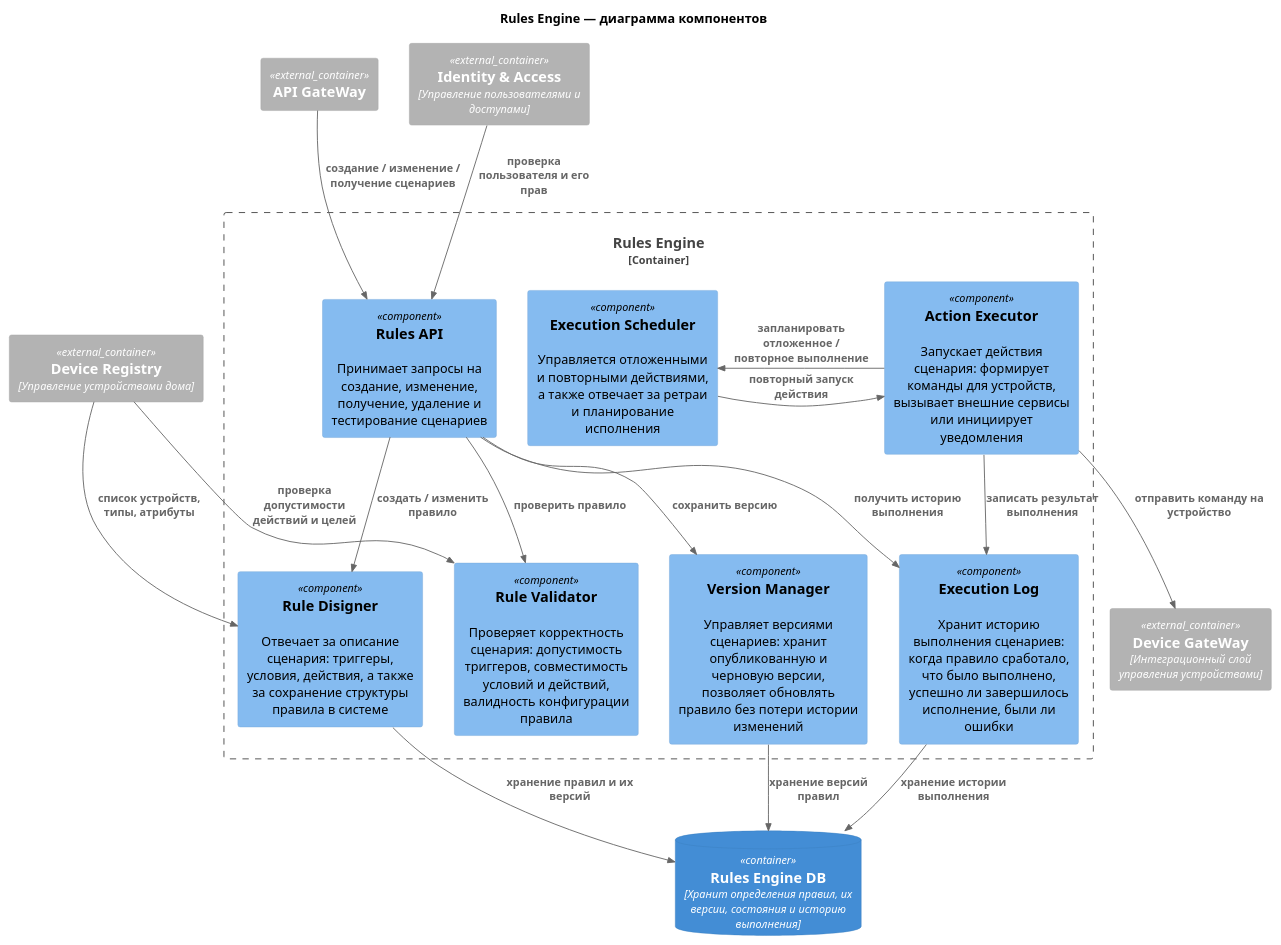
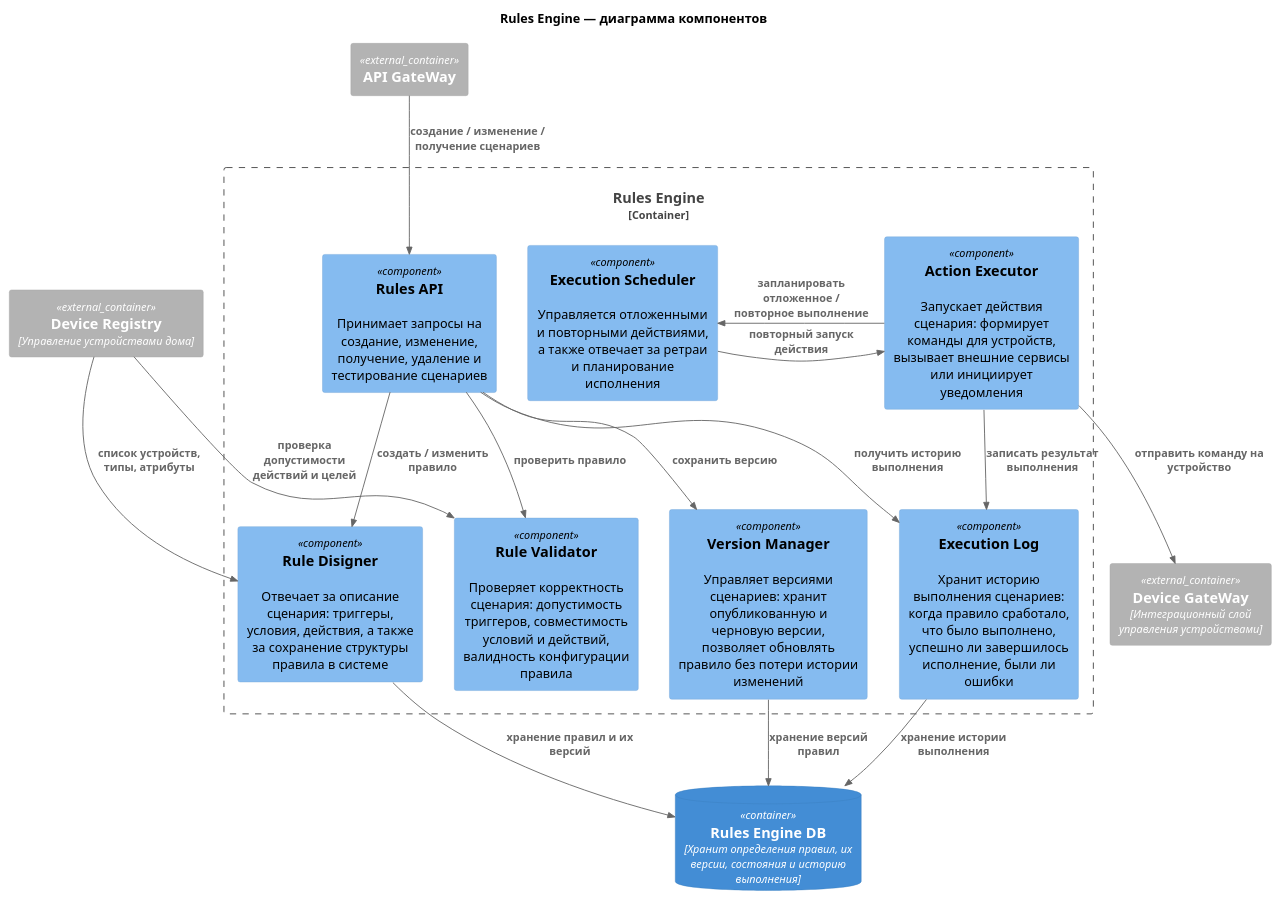
The diagram in arch/component/rules_component.puml (Meeluck/architecture-warmhouse), drawn with PlantUML before and after one commit. The commit also changed 13 other files, not shown here.

Commit message:
reworked component diagrams

```diff
--- a/arch/component/rules_component.puml
+++ b/arch/component/rules_component.puml
@@ -2,70 +2,41 @@
 @startuml
 !include https://raw.githubusercontent.com/plantuml-stdlib/C4-PlantUML/master/C4_Component.puml
 
 title  Rules Engine — диаграмма компонентов
 
 Container_Ext(gw, API GateWay)
-Container_Ext(ia,Identity & Access,Управление пользователями и доступами)
 Container_Ext(dr,Device Registry,Управление устройствами дома)
 Container_Ext(dg,Device GateWay,Интеграционный слой управления устройствами)
-
-' Container_Ext(do,Device Onboarding,Подключение устройства)
-' Container_Ext(tm,Telemetry,Приём и хранение телеметрии и событий от устройств)
-' Container_Ext(re, Rules Engine,Управление сценариями и их выполнение)
 
 ContainerDb(re_db, Rules Engine DB,"Хранит определения правил, их версии, состояния и историю выполнения")
 
 Container_Boundary(re, Rules Engine){    
     Component(api,Rules API,,"Принимает запросы на создание, изменение, получение, удаление и тестирование сценариев")
-
     Component(designer,Rule Disigner,,"Отвечает за описание сценария: триггеры, условия, действия, а также за сохранение структуры правила в системе")   
-
     Component(validator,Rule Validator,,"Проверяет корректность сценария: допустимость триггеров, совместимость условий и действий, валидность конфигурации правила")
-
     Component(version, Version Manager,,"Управляет версиями сценариев: хранит опубликованную и черновую версии, позволяет обновлять правило без потери истории изменений")
-
-    ' Component(trigger, Trigger Processor,,"Получает события от внешних сервисов и определяет, какие сценарии должны быть проверены на срабатывание")
-
-    ' Component(condition,Condition Evaluator,,"Проверяет, выполняются ли условия сценария на основании входного события и доступных данных")
-
-' Component(dedup, Deduplication Manager,,"Отвечает за предотвращение повторного срабатывания одного и того же сценария по одинаковому событию в пределах заданного окна времени")
-
     Component(executor,Action Executor,,"Запускает действия сценария: формирует команды для устройств, вызывает внешние сервисы или инициирует уведомления")
-
     Component(scheduler, Execution Scheduler,,"Управляется отложенными и повторными действиями, а также отвечает за ретраи и планирование исполнения")
-
-
     Component(log, Execution Log,,"Хранит историю выполнения сценариев: когда правило сработало, что было выполнено, успешно ли завершилось исполнение, были ли ошибки")
 }
 
 Rel(gw,api, "создание / изменение / получение сценариев")
 Rel(api,validator,"проверить правило")
 Rel(api,designer,"создать / изменить правило")
 Rel(api,version,"сохранить версию")
 Rel(api,log,"получить историю выполнения")
 
-Rel(ia,api,"проверка пользователя и его прав")
-
 Rel(dr,designer,"список устройств, типы, атрибуты")
 Rel(dr,validator,"проверка допустимости действий и целей")
 
-' Rel(tm,trigger,"события и измерения")
-' Rel(trigger,dedup,"проверка повторного срабатывания")
-' Rel(dedup,re_db,"чтение / запись ключей дедупликации")
-
-' Rel(trigger,condition,"проверить условия правила")
-' Rel(condition,re_db,"получить активные правила и их конфигурацию")
-
-' Rel(condition,executor,"выполнить действия")
 Rel(executor,dg,"отправить команду на устройство")
 
 Rel_Left(executor,scheduler,"запланировать отложенное / повторное выполнение")
 Rel_Right(scheduler,executor,"повторный запуск действия")
 
 Rel(executor,log,"записать результат выполнения")
 Rel(log,re_db,"хранение истории выполнения")
 Rel(designer,re_db,"хранение правил и их версий")
 Rel(version,re_db,"хранение версий правил")
-' Rel(condition,re_db,"чтение правил и их конфигурации")
 
 @enduml
```
